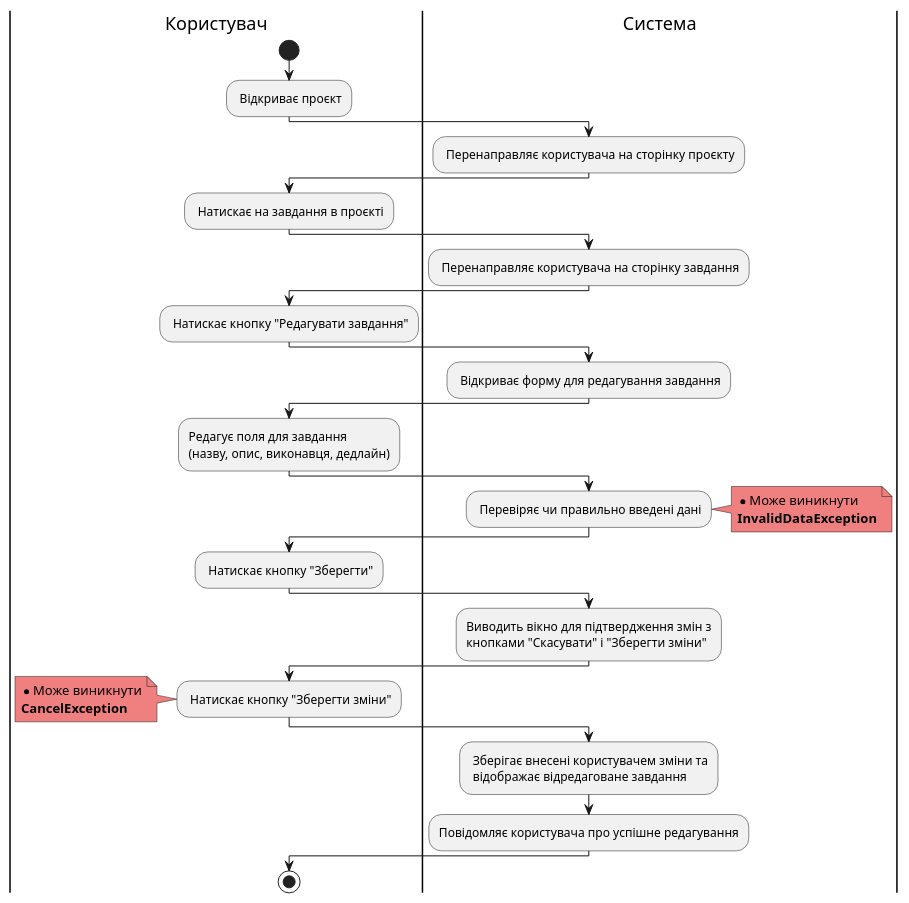
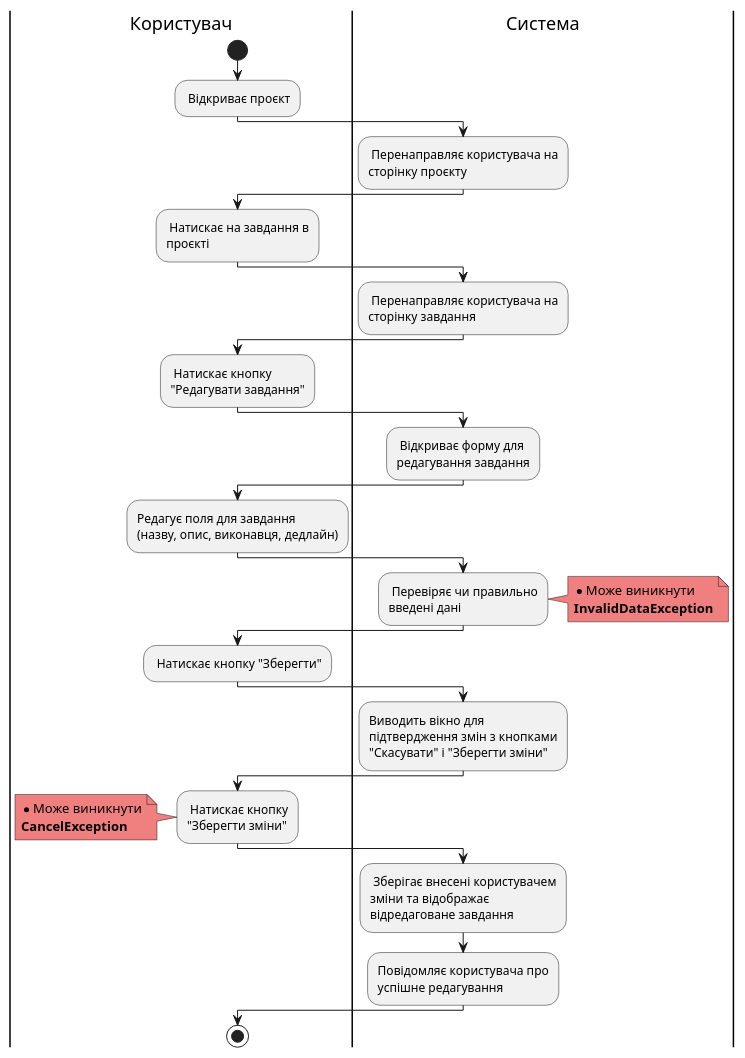
One commit to samoilenkomariia/db-coursework changed diagram 15 of 22 in docs/use cases/README.md. Above: the diagram before and after it, drawn with PlantUML. The commit also changed other lines of this file, not shown here.

```diff
--- a/docs/use cases/README.md
+++ b/docs/use cases/README.md
@@ -490,53 +639,53 @@
 @startuml
     
     |Користувач|
     start;
     : Відкриває проєкт;
         
     |Система|
-    : Перенаправляє користувача на сторінку проєкту;
+    : Перенаправляє користувача на\nсторінку проєкту;
     
     |Користувач|
-    : Натискає на завдання в проєкті;
+    : Натискає на завдання в\nпроєкті;
 
     |Система|
-    : Перенаправляє користувача на сторінку завдання;
+    : Перенаправляє користувача на\nсторінку завдання;
     
     |Користувач|
-    : Натискає кнопку "Редагувати завдання";
+    : Натискає кнопку\n"Редагувати завдання";
 
     |Система|
-    : Відкриває форму для редагування завдання;
+    : Відкриває форму для\nредагування завдання;
 
     |Користувач|
     :Редагує поля для завдання\n(назву, опис, виконавця, дедлайн);
     
     |Система|
-    : Перевіряє чи правильно введені дані;
+    : Перевіряє чи правильно\nвведені дані;
     
     note right #lightcoral
         * Може виникнути
         <b>InvalidDataException</b>
     end note
     
     |Користувач|
     : Натискає кнопку "Зберегти";
     
     |Система|
-    :Виводить вікно для підтвердження змін з\nкнопками "Скасувати" і "Зберегти зміни";
+    :Виводить вікно для\nпідтвердження змін з кнопками\n"Скасувати" і "Зберегти зміни";
     
     |Користувач|
-    : Натискає кнопку "Зберегти зміни";
+    : Натискає кнопку\n"Зберегти зміни";
     
     note left #lightcoral
         * Може виникнути
         <b>CancelException</b>
     end note    
 
     |Система|
-    : Зберігає внесені користувачем зміни та\n відображає відредаговане завдання;
-    :Повідомляє користувача про успішне редагування;
+    : Зберігає внесені користувачем\nзміни та відображає\nвідредаговане завдання;
+    :Повідомляє користувача про\nуспішне редагування;
 
     |Користувач|
         stop;
 @enduml
```
